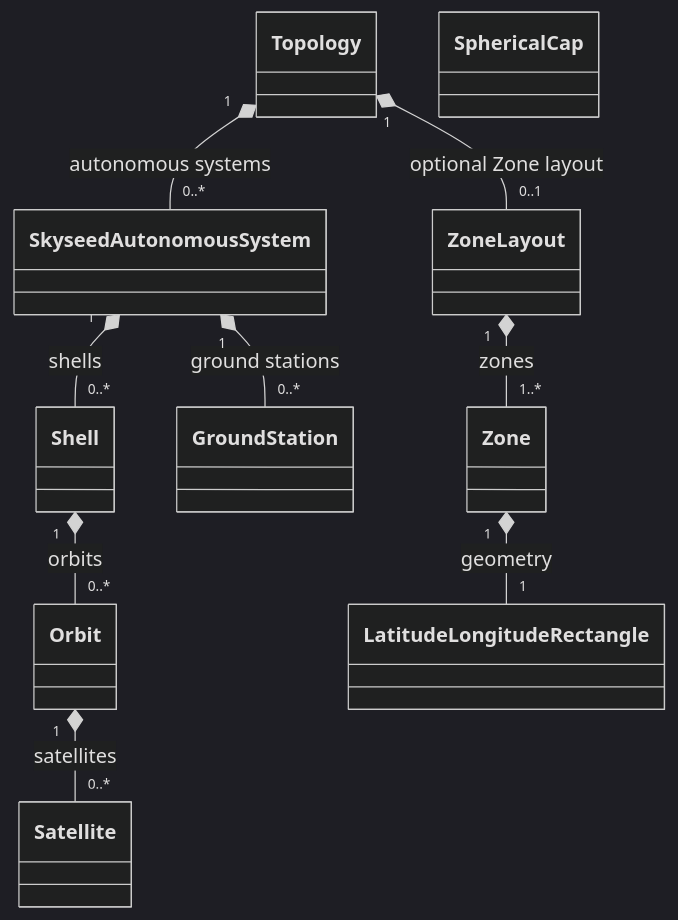
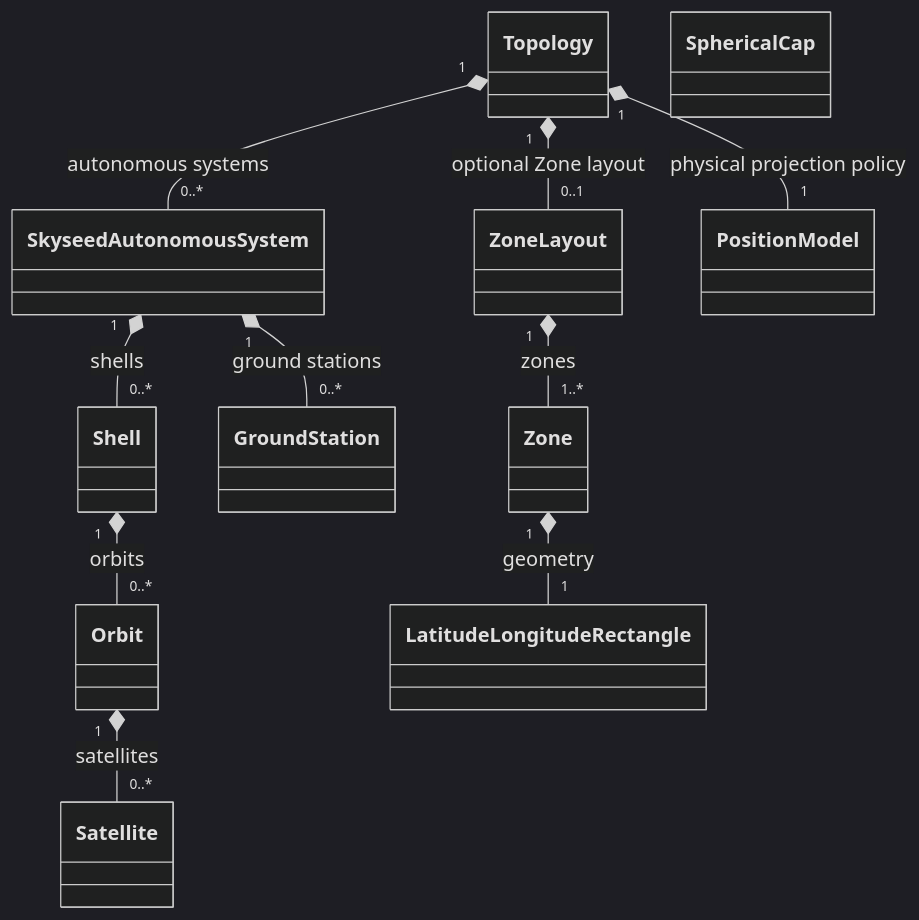
One commit to seed-labs/skyseed changed the first of 14 diagrams in skyseed_v2/src/skyseed_v2/simulator/topology/README.md. Above: the diagram before and after it, drawn with Mermaid (dark theme). The commit also changed other lines of this file and 94 other files, not shown here.

Commit message:
feat: establish topology physical frame foundation

````diff
--- a/skyseed_v2/src/skyseed_v2/simulator/topology/README.md
+++ b/skyseed_v2/src/skyseed_v2/simulator/topology/README.md
@@ -13,22 +15,24 @@
 ```mermaid
 classDiagram
     class Topology
     class SkyseedAutonomousSystem
     class Shell
     class Orbit
     class Satellite
     class GroundStation
     class ZoneLayout
     class Zone
     class LatitudeLongitudeRectangle
     class SphericalCap
+    class PositionModel
 
     Topology "1" *-- "0..*" SkyseedAutonomousSystem : autonomous systems
     SkyseedAutonomousSystem "1" *-- "0..*" Shell : shells
     SkyseedAutonomousSystem "1" *-- "0..*" GroundStation : ground stations
     Shell "1" *-- "0..*" Orbit : orbits
     Orbit "1" *-- "0..*" Satellite : satellites
     Topology "1" *-- "0..1" ZoneLayout : optional Zone layout
+    Topology "1" *-- "1" PositionModel : physical projection policy
     ZoneLayout "1" *-- "1..*" Zone : zones
     Zone "1" *-- "1" LatitudeLongitudeRectangle : geometry
 ```
````
